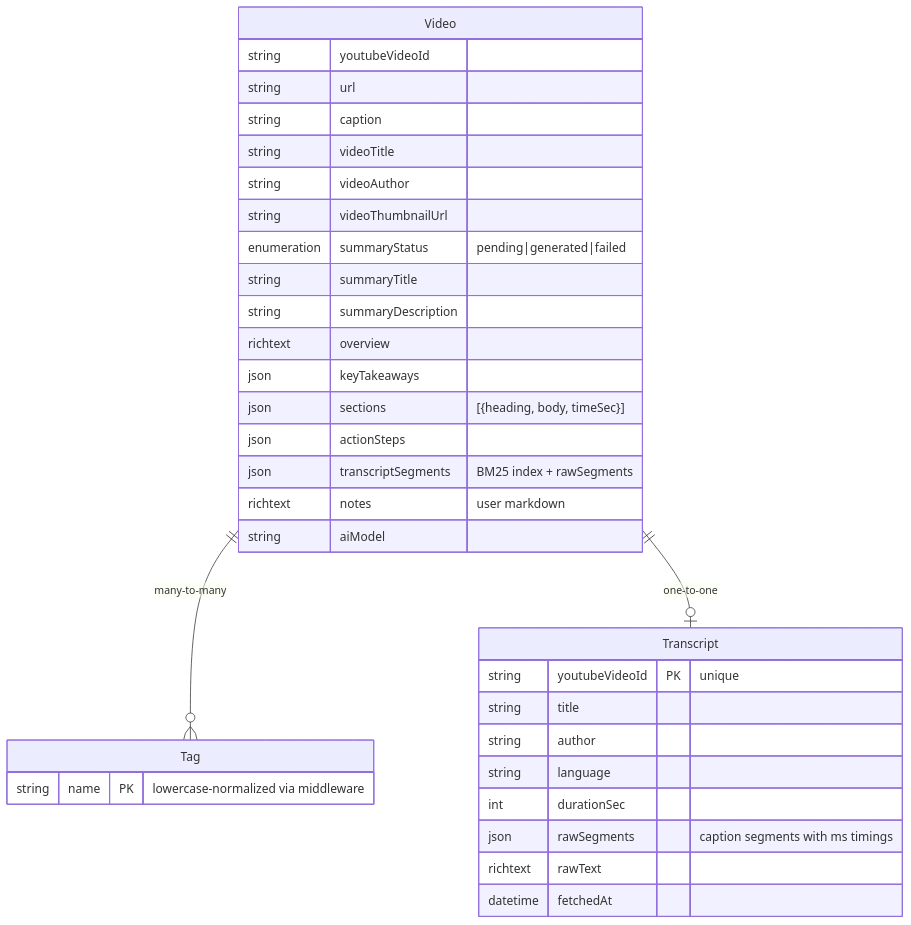
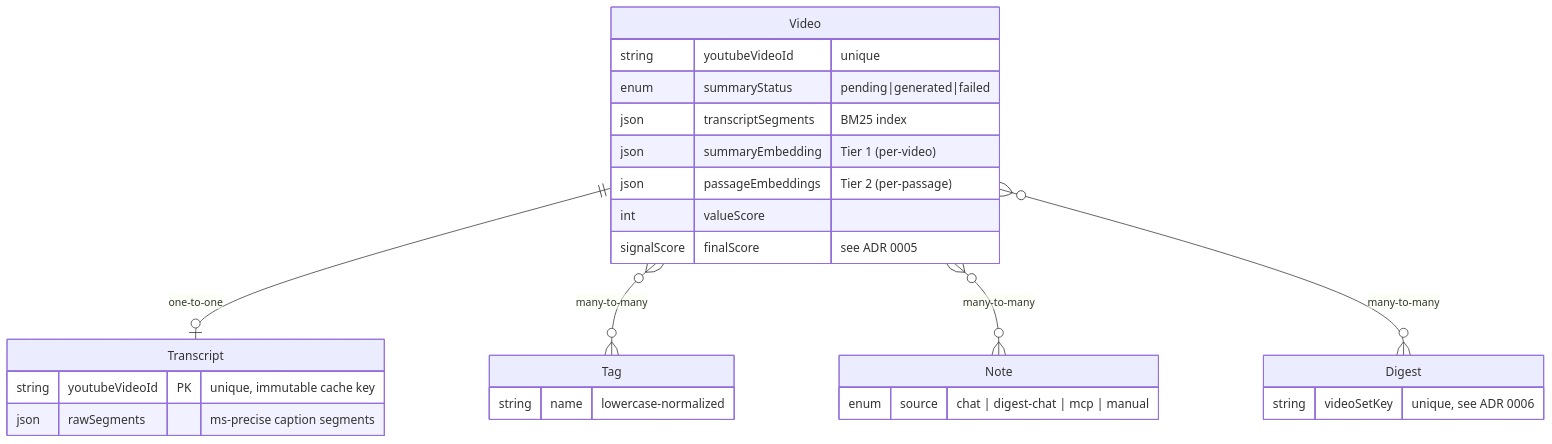
Before and after one commit to PaulBratslavsky/yt-local-llm-knowledge-base-with-mcp: the second of 7 diagrams in docs/architecture.md, drawn with Mermaid. The commit also changed other lines of this file, not shown here.

First line of the commit message:
refresh architecture.md for recent subsystems

````diff
--- a/docs/architecture.md
+++ b/docs/architecture.md
@@ -66,39 +79,29 @@
 ```mermaid
 erDiagram
-    Video ||--o{ Tag : "many-to-many"
     Video ||--o| Transcript : "one-to-one"
+    Video }o--o{ Tag : "many-to-many"
+    Video }o--o{ Note : "many-to-many"
+    Video }o--o{ Digest : "many-to-many"
 
     Transcript {
-      string youtubeVideoId PK "unique"
-      string title
-      string author
-      string language
-      int    durationSec
-      json   rawSegments "caption segments with ms timings"
-      richtext rawText
-      datetime fetchedAt
+      string youtubeVideoId PK "unique, immutable cache key"
+      json   rawSegments "ms-precise caption segments"
     }
-
     Video {
-      string  youtubeVideoId
-      string  url
-      string  caption
-      string  videoTitle
-      string  videoAuthor
-      string  videoThumbnailUrl
-      enumeration summaryStatus "pending|generated|failed"
-      string  summaryTitle
-      string  summaryDescription
-      richtext overview
-      json    keyTakeaways
-      json    sections "[{heading, body, timeSec}]"
-      json    actionSteps
-      json    transcriptSegments "BM25 index + rawSegments"
-      richtext notes "user markdown"
-      string  aiModel
+      string  youtubeVideoId "unique"
+      enum    summaryStatus  "pending|generated|failed"
+      json    transcriptSegments "BM25 index"
+      json    summaryEmbedding   "Tier 1 (per-video)"
+      json    passageEmbeddings  "Tier 2 (per-passage)"
+      int     valueScore signalScore finalScore "see ADR 0005"
     }
-
+    Note {
+      enum source "chat | digest-chat | mcp | manual"
+    }
+    Digest {
+      string videoSetKey "unique, see ADR 0006"
+    }
     Tag {
-      string name PK "lowercase-normalized via middleware"
+      string name "lowercase-normalized"
     }
 ```
````
